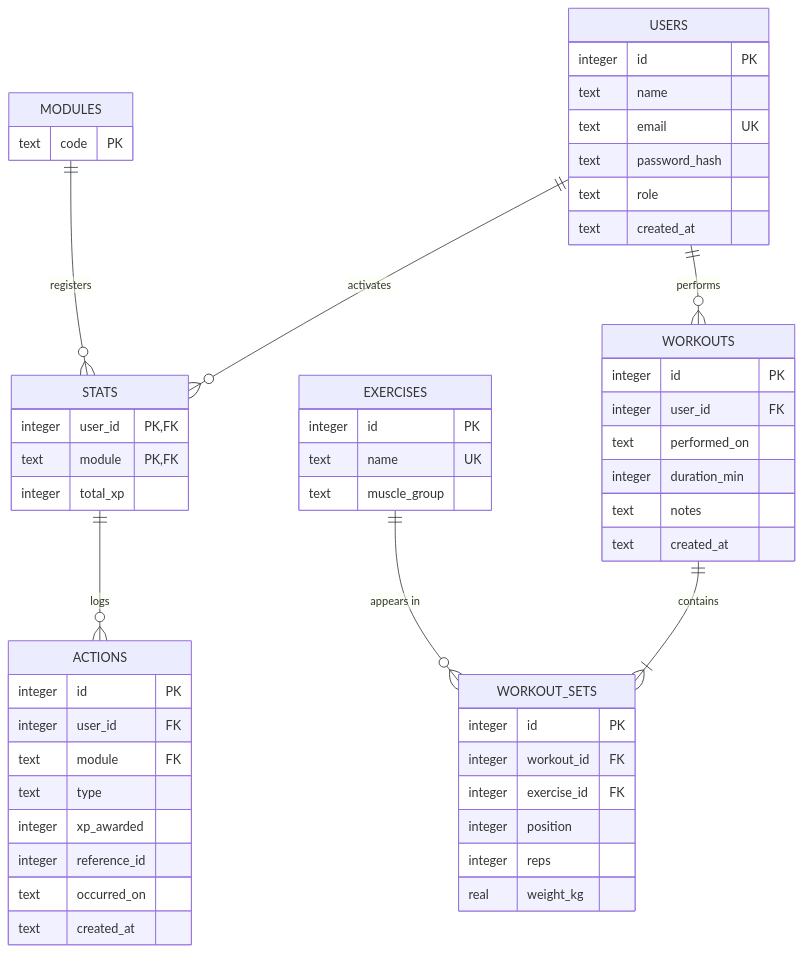
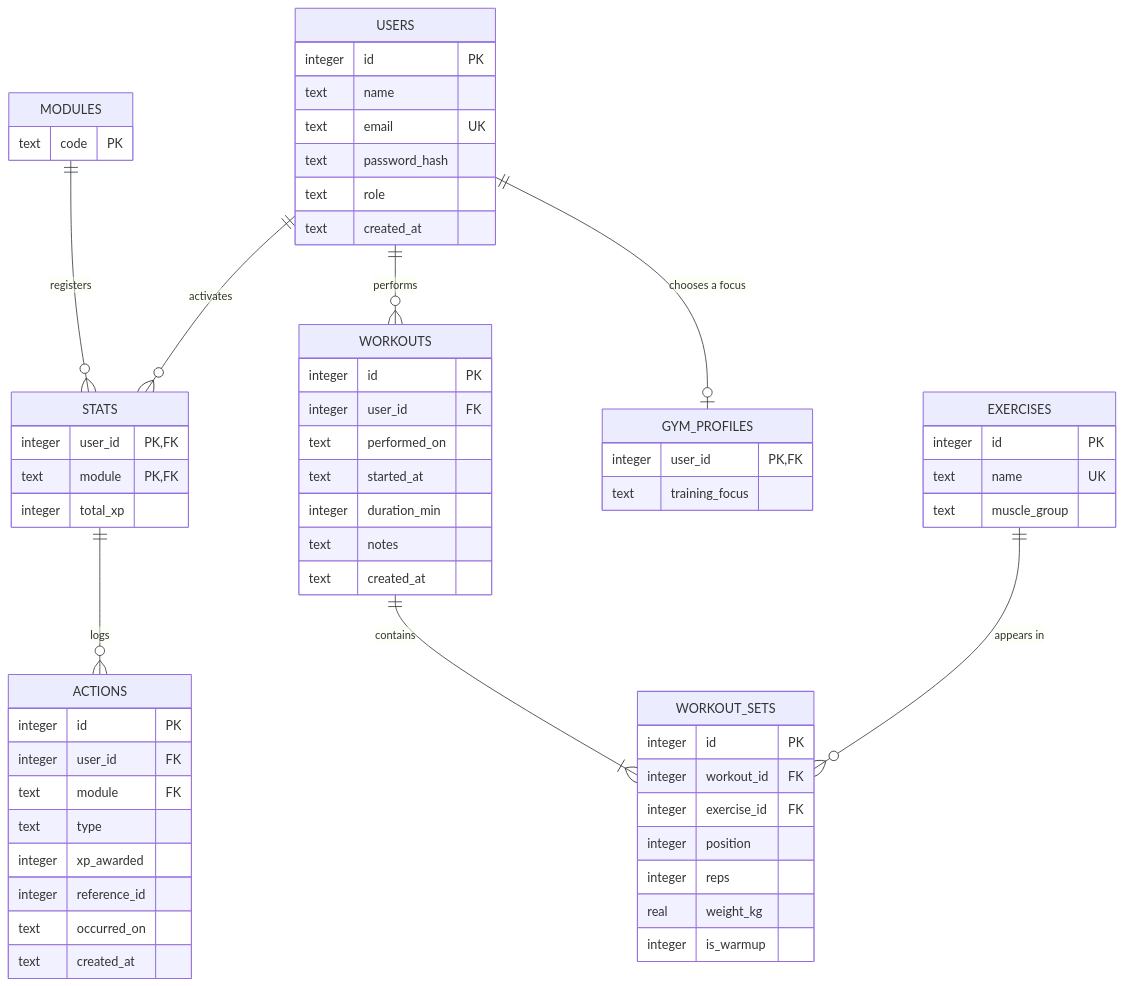
One commit to trianajuand/ownform changed the diagram in docs/decisions/002-database-design.md. Above: the diagram before and after it, drawn with Mermaid. The commit also changed other lines of this file and 7 other files, not shown here.

````diff
--- a/docs/decisions/002-database-design.md
+++ b/docs/decisions/002-database-design.md
@@ -83,57 +84,64 @@
 ```mermaid
 erDiagram
     USERS ||--o{ STATS : "activates"
     MODULES ||--o{ STATS : "registers"
     STATS ||--o{ ACTIONS : "logs"
     USERS ||--o{ WORKOUTS : "performs"
+    USERS ||--o| GYM_PROFILES : "chooses a focus"
     WORKOUTS ||--|{ WORKOUT_SETS : "contains"
     EXERCISES ||--o{ WORKOUT_SETS : "appears in"
 
     USERS {
         integer id PK
         text name
         text email UK
         text password_hash
         text role
         text created_at
     }
     MODULES {
         text code PK
     }
     STATS {
         integer user_id PK, FK
         text module PK, FK
         integer total_xp
     }
     ACTIONS {
         integer id PK
         integer user_id FK
         text module FK
         text type
         integer xp_awarded
         integer reference_id
         text occurred_on
         text created_at
     }
     EXERCISES {
         integer id PK
         text name UK
         text muscle_group
     }
     WORKOUTS {
         integer id PK
         integer user_id FK
         text performed_on
+        text started_at
         integer duration_min
         text notes
         text created_at
     }
     WORKOUT_SETS {
         integer id PK
         integer workout_id FK
         integer exercise_id FK
         integer position
         integer reps
         real weight_kg
+        integer is_warmup
+    }
+    GYM_PROFILES {
+        integer user_id PK, FK
+        text training_focus
     }
 ```
````
